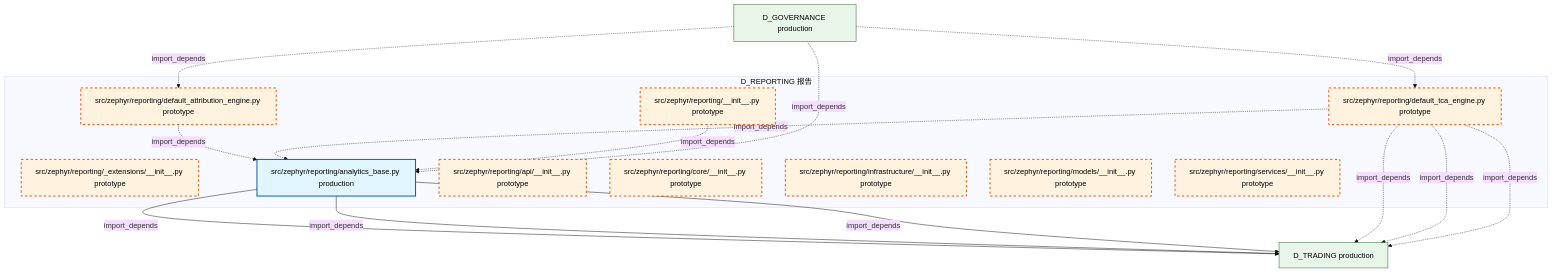
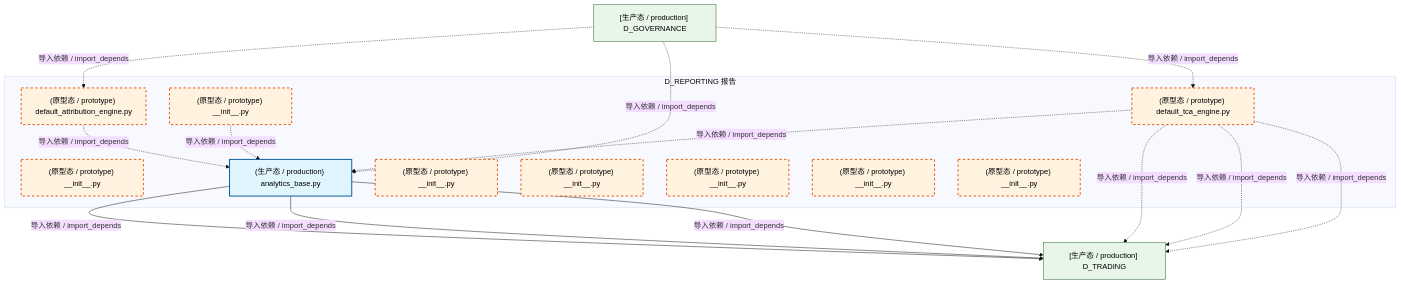
Before and after one commit to xuanFelixVan/ZephyrAlpha: the diagram in docs/02_enterprise_architecture/02_domain_architecture_docs/16_d_reporting.md, drawn with Mermaid (base theme). The commit also changed other lines of this file and 100 other files, not shown here.

````diff
--- a/docs/02_enterprise_architecture/02_domain_architecture_docs/16_d_reporting.md
+++ b/docs/02_enterprise_architecture/02_domain_architecture_docs/16_d_reporting.md
@@ -47,36 +49,36 @@
 ```mermaid
 graph TD
     subgraph D_REPORTING["D_REPORTING 报告"]
-        src_zephyr_reporting_init_py["src/zephyr/reporting/__init__.py prototype"]
-        src_zephyr_reporting_extensions_init_py["src/zephyr/reporting/_extensions/__init__.py prototype"]
-        src_zephyr_reporting_analytics_base_py["src/zephyr/reporting/analytics_base.py production"]
-        src_zephyr_reporting_api_init_py["src/zephyr/reporting/api/__init__.py prototype"]
-        src_zephyr_reporting_core_init_py["src/zephyr/reporting/core/__init__.py prototype"]
-        src_zephyr_reporting_default_attribution_engine_py["src/zephyr/reporting/default_attribution_engine.py prototype"]
-        src_zephyr_reporting_default_tca_engine_py["src/zephyr/reporting/default_tca_engine.py prototype"]
-        src_zephyr_reporting_infrastructure_init_py["src/zephyr/reporting/infrastructure/__init__.py prototype"]
-        src_zephyr_reporting_models_init_py["src/zephyr/reporting/models/__init__.py prototype"]
-        src_zephyr_reporting_services_init_py["src/zephyr/reporting/services/__init__.py prototype"]
+        src_zephyr_reporting_init_py["(原型态 / prototype) __init__.py"]
+        src_zephyr_reporting_extensions_init_py["(原型态 / prototype) __init__.py"]
+        src_zephyr_reporting_analytics_base_py["(生产态 / production) analytics_base.py"]
+        src_zephyr_reporting_api_init_py["(原型态 / prototype) __init__.py"]
+        src_zephyr_reporting_core_init_py["(原型态 / prototype) __init__.py"]
+        src_zephyr_reporting_default_attribution_engine_py["(原型态 / prototype) default_attribution_engine.py"]
+        src_zephyr_reporting_default_tca_engine_py["(原型态 / prototype) default_tca_engine.py"]
+        src_zephyr_reporting_infrastructure_init_py["(原型态 / prototype) __init__.py"]
+        src_zephyr_reporting_models_init_py["(原型态 / prototype) __init__.py"]
+        src_zephyr_reporting_services_init_py["(原型态 / prototype) __init__.py"]
     end
-    src_zephyr_reporting_default_attribution_engine_py -.->|import_depends| src_zephyr_reporting_analytics_base_py
-    src_zephyr_reporting_default_tca_engine_py -.->|import_depends| src_zephyr_reporting_analytics_base_py
-    src_zephyr_reporting_init_py -.->|import_depends| src_zephyr_reporting_analytics_base_py
-    D_TRADING["D_TRADING production"]
-    src_zephyr_reporting_analytics_base_py -->|import_depends| D_TRADING
-    src_zephyr_reporting_analytics_base_py -->|import_depends| D_TRADING
-    src_zephyr_reporting_analytics_base_py -->|import_depends| D_TRADING
-    src_zephyr_reporting_default_tca_engine_py -.->|import_depends| D_TRADING
-    src_zephyr_reporting_default_tca_engine_py -.->|import_depends| D_TRADING
-    src_zephyr_reporting_default_tca_engine_py -.->|import_depends| D_TRADING
-    D_GOVERNANCE["D_GOVERNANCE production"]
-    D_GOVERNANCE -.->|import_depends| src_zephyr_reporting_default_tca_engine_py
-    D_GOVERNANCE -.->|import_depends| src_zephyr_reporting_default_attribution_engine_py
-    D_GOVERNANCE -.->|import_depends| src_zephyr_reporting_analytics_base_py
+    src_zephyr_reporting_default_attribution_engine_py -.->|导入依赖 / import_depends| src_zephyr_reporting_analytics_base_py
+    src_zephyr_reporting_init_py -.->|导入依赖 / import_depends| src_zephyr_reporting_analytics_base_py
+    src_zephyr_reporting_default_tca_engine_py -.->|导入依赖 / import_depends| src_zephyr_reporting_analytics_base_py
+    D_TRADING["[生产态 / production] D_TRADING"]
+    src_zephyr_reporting_analytics_base_py -->|导入依赖 / import_depends| D_TRADING
+    src_zephyr_reporting_analytics_base_py -->|导入依赖 / import_depends| D_TRADING
+    src_zephyr_reporting_analytics_base_py -->|导入依赖 / import_depends| D_TRADING
+    src_zephyr_reporting_default_tca_engine_py -.->|导入依赖 / import_depends| D_TRADING
+    src_zephyr_reporting_default_tca_engine_py -.->|导入依赖 / import_depends| D_TRADING
+    src_zephyr_reporting_default_tca_engine_py -.->|导入依赖 / import_depends| D_TRADING
+    D_GOVERNANCE["[生产态 / production] D_GOVERNANCE"]
+    D_GOVERNANCE -.->|导入依赖 / import_depends| src_zephyr_reporting_default_tca_engine_py
+    D_GOVERNANCE -.->|导入依赖 / import_depends| src_zephyr_reporting_default_attribution_engine_py
+    D_GOVERNANCE -.->|导入依赖 / import_depends| src_zephyr_reporting_analytics_base_py
     classDef production fill:#e1f5fe,stroke:#01579b,stroke-width:2px,color:#000
     classDef design fill:#fff3e0,stroke:#e65100,stroke-width:2px,color:#000,stroke-dasharray: 5 5
     classDef external_prod fill:#e8f5e9,stroke:#1b5e20,stroke-width:1px,color:#000
     classDef external_design fill:#fce4ec,stroke:#880e4f,stroke-width:1px,color:#000,stroke-dasharray: 5 5
     class src_zephyr_reporting_analytics_base_py production
     class src_zephyr_reporting_init_py,src_zephyr_reporting_extensions_init_py,src_zephyr_reporting_api_init_py,src_zephyr_reporting_core_init_py,src_zephyr_reporting_default_attribution_engine_py,src_zephyr_reporting_default_tca_engine_py,src_zephyr_reporting_infrastructure_init_py,src_zephyr_reporting_models_init_py,src_zephyr_reporting_services_init_py design
     class D_TRADING,D_GOVERNANCE external_prod
 ```
````
